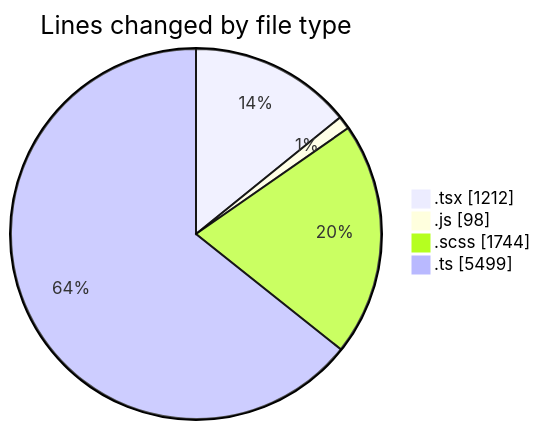
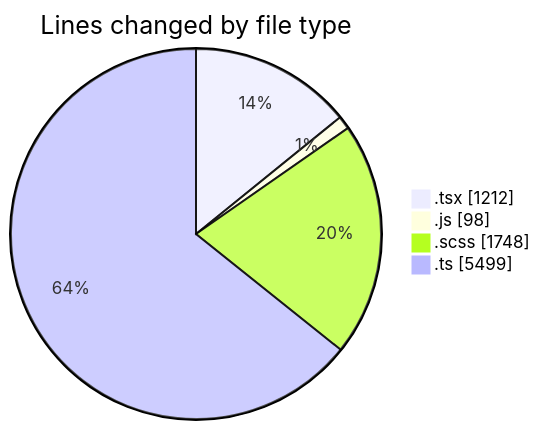
One commit to momahboobian/code-tracking changed the first of 2 diagrams in 2025-03-31/cda/README.md. Above: the diagram before and after it, drawn with Mermaid. The commit also changed other lines of this file and 1 other file, not shown here.

````diff
--- a/2025-03-31/cda/README.md
+++ b/2025-03-31/cda/README.md
@@ -39,8 +39,8 @@
 ```mermaid
 pie showData
 title Lines changed by file type
 ".tsx" : 1212
 ".js" : 98
-".scss" : 1744
+".scss" : 1748
 ".ts" : 5499
 ```
````
